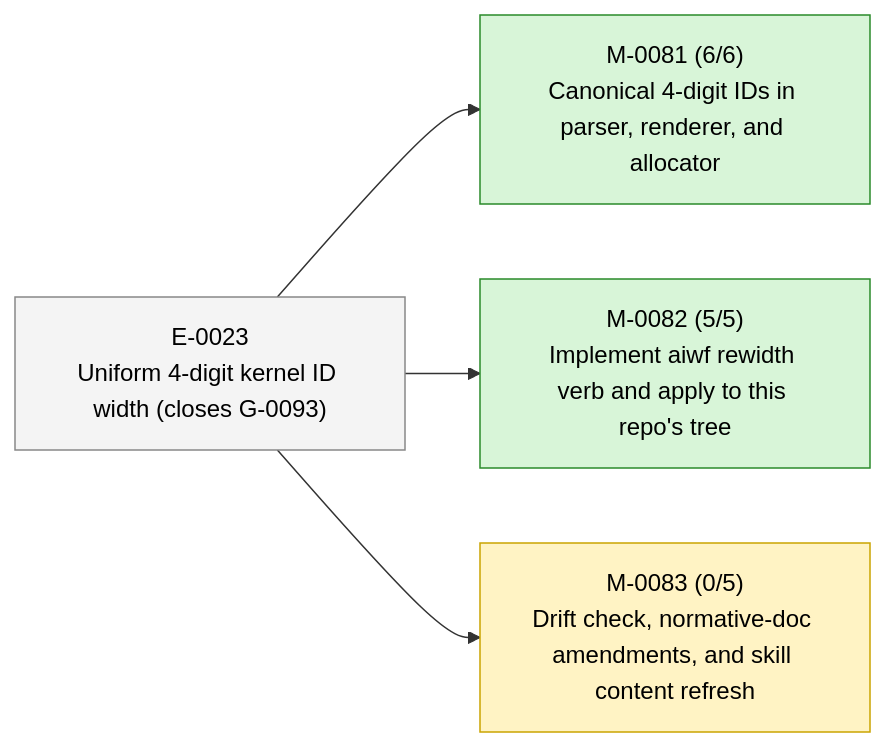
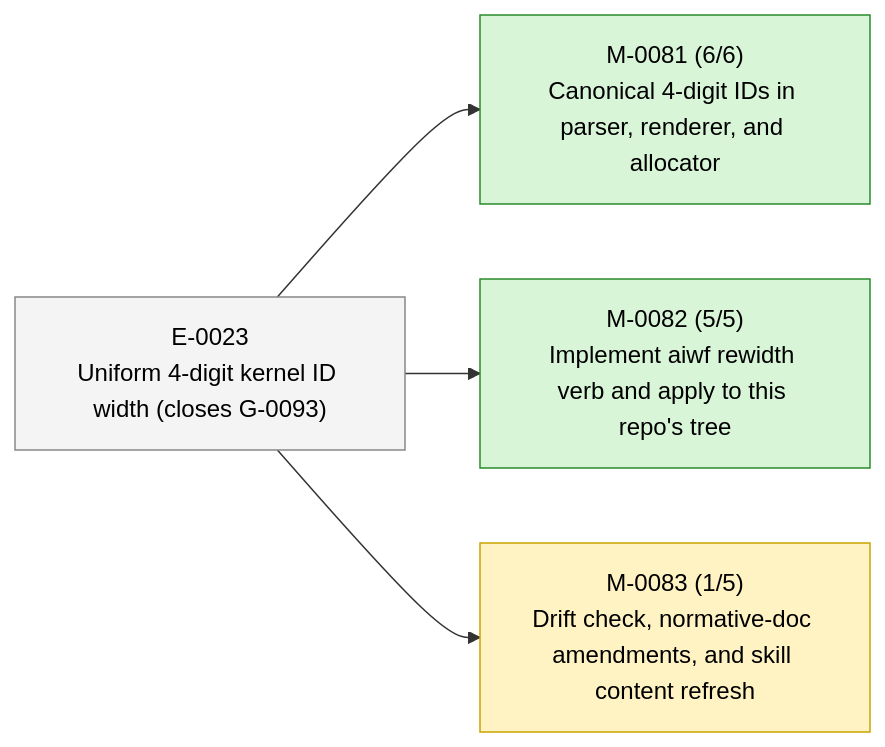
Before and after one commit to 23min/aiwf: the second of 2 diagrams in STATUS.md, drawn with Mermaid. The commit also changed other lines of this file and 1 other file, not shown here.

````diff
--- a/STATUS.md
+++ b/STATUS.md
@@ -47,16 +47,16 @@
 ```mermaid
 flowchart LR
   E_0023["E-0023<br/>Uniform 4-digit kernel ID width (closes G-0093)"]:::epic_proposed
   M_0081["M-0081 (6/6)<br/>Canonical 4-digit IDs in parser, renderer, and allocator"]:::ms_done
   E_0023 --> M_0081
   M_0082["M-0082 (5/5)<br/>Implement aiwf rewidth verb and apply to this repo's tree"]:::ms_done
   E_0023 --> M_0082
-  M_0083["M-0083 (0/5)<br/>Drift check, normative-doc amendments, and skill content refresh"]:::ms_in_progress
+  M_0083["M-0083 (1/5)<br/>Drift check, normative-doc amendments, and skill content refresh"]:::ms_in_progress
   E_0023 --> M_0083
   classDef epic_active fill:#d6eaff,stroke:#1a73e8,color:#000
   classDef epic_proposed fill:#f4f4f4,stroke:#888,color:#000
   classDef ms_done fill:#d8f5d8,stroke:#2a8a2a,color:#000
   classDef ms_in_progress fill:#fff3c4,stroke:#caa400,color:#000
   classDef ms_draft fill:#f4f4f4,stroke:#888,color:#000
   classDef ms_cancelled fill:#fbeaea,stroke:#c33,color:#000
 ```
````
